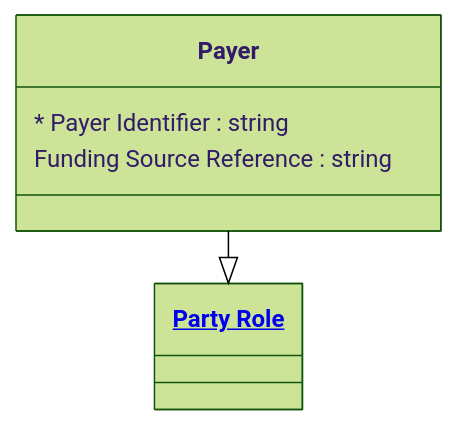
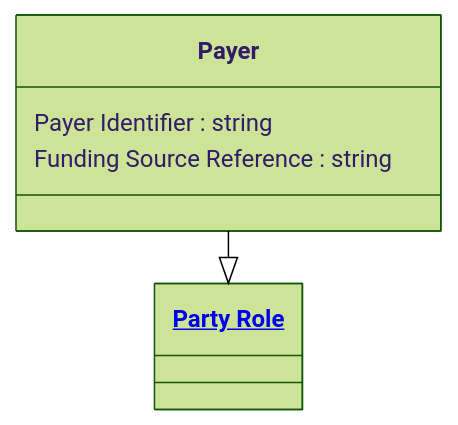
One commit to Semprini/md-ddl changed the diagram in examples/Financial Crime/entities/payer.md. Above: the diagram before and after it, drawn with Mermaid (forest theme). The commit also changed other lines of this file and 40 other files, not shown here.

````diff
--- a/examples/Financial Crime/entities/payer.md
+++ b/examples/Financial Crime/entities/payer.md
@@ -9,15 +9,15 @@
 ```mermaid
 ---
 config:
   layout: elk
 ---
 classDiagram
   class Payer{
-    * Payer Identifier : string
+    Payer Identifier : string
     Funding Source Reference : string
   }
 
   Payer --|> PartyRole
 
   class PartyRole["<a href='https://github.com/Semprini/md-ddl/blob/main/examples/Financial%20Crime/entities/party_role.md'>Party Role</a>"]
 ```
````
